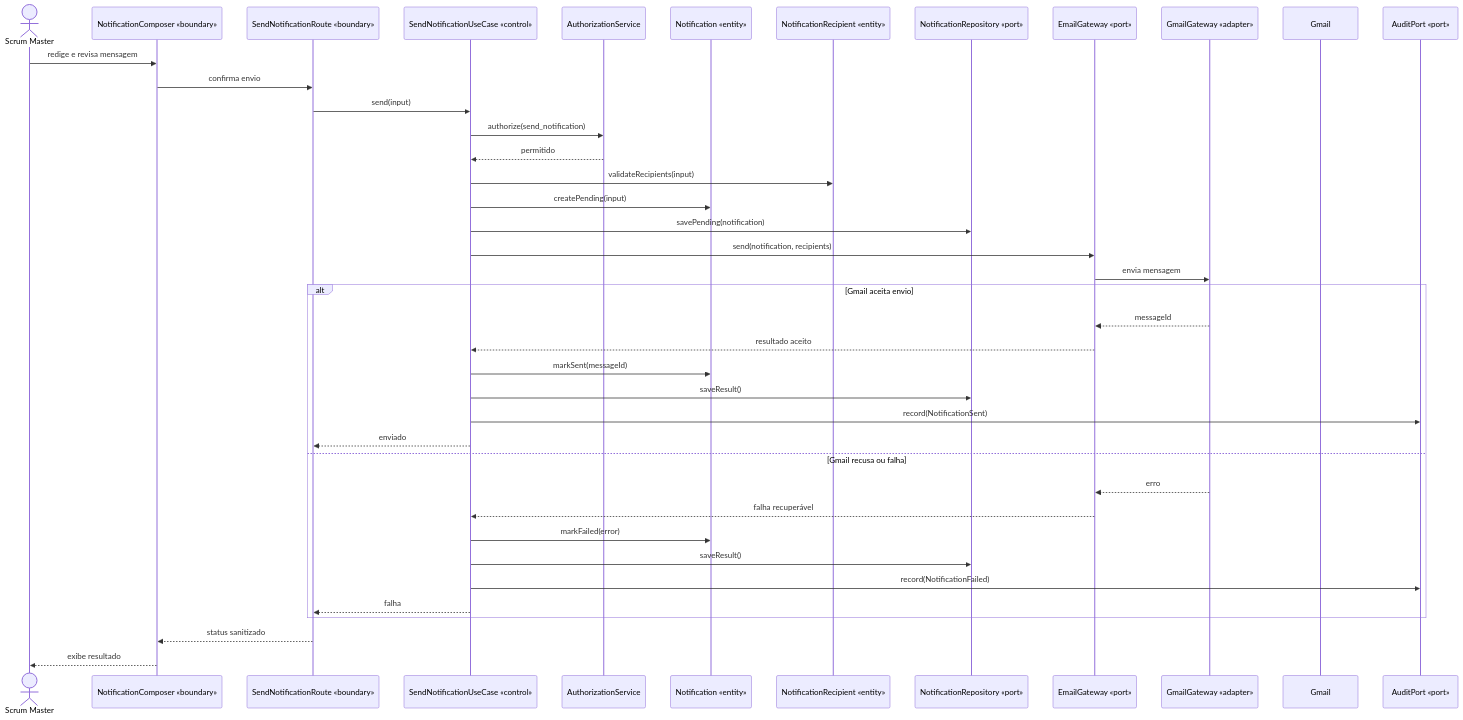
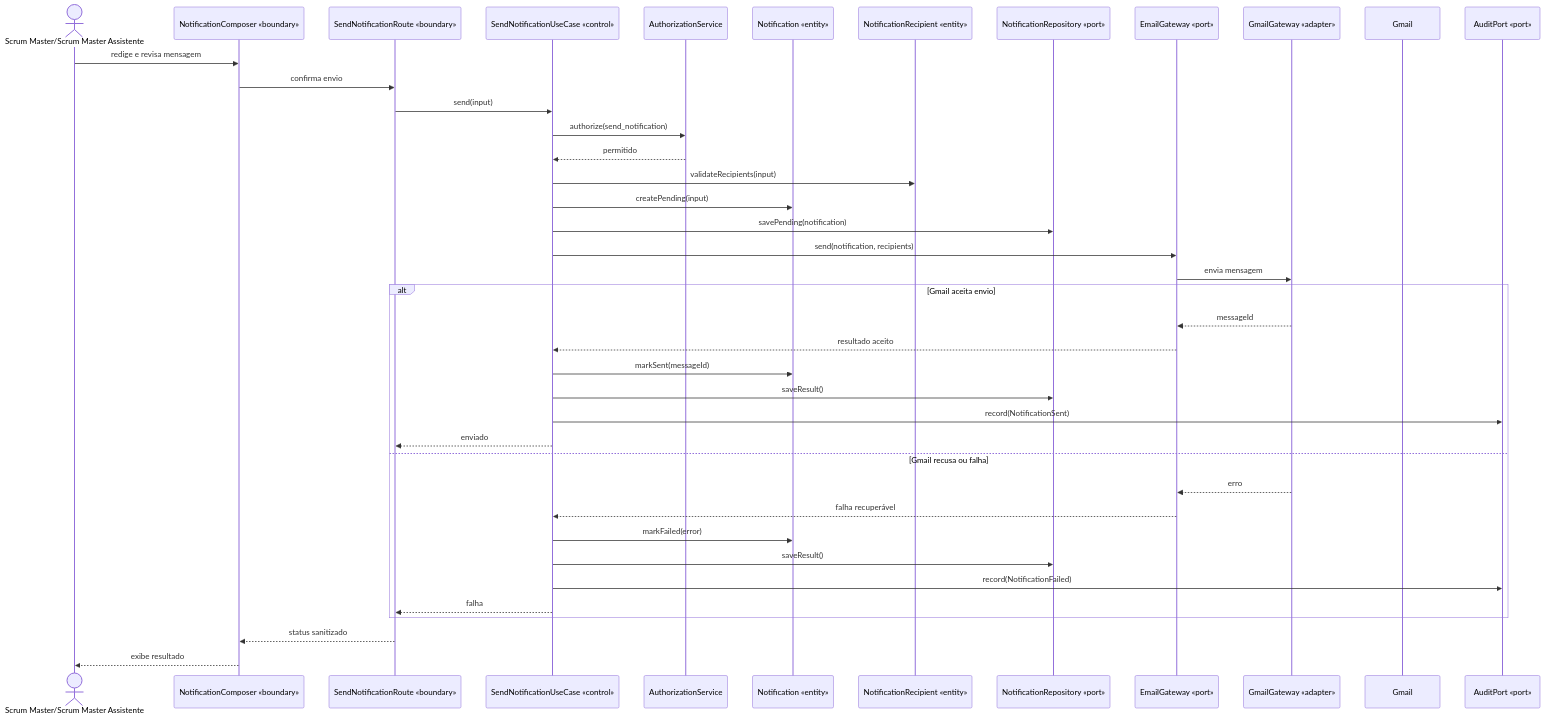
The sixth of 8 diagrams in docs/especificao-de-software/08-diagramas-de-sequencia.md (LuHenRe/PETBSI-SCRUM), drawn with Mermaid before and after one commit. The commit also changed other lines of this file and 18 other files, not shown here.

````diff
--- a/docs/especificao-de-software/08-diagramas-de-sequencia.md
+++ b/docs/especificao-de-software/08-diagramas-de-sequencia.md
@@ -173,43 +173,43 @@
 ```mermaid
 sequenceDiagram
-    actor ScrumMaster as Scrum Master
+    actor ScrumMaster as Scrum Master/Scrum Master Assistente
     participant UI as NotificationComposer «boundary»
     participant API as SendNotificationRoute «boundary»
     participant UC as SendNotificationUseCase «control»
     participant Auth as AuthorizationService
     participant Notification as Notification «entity»
     participant Recipient as NotificationRecipient «entity»
     participant Repo as NotificationRepository «port»
     participant Email as EmailGateway «port»
     participant Gmail as GmailGateway «adapter»
     participant Google as Gmail
     participant Audit as AuditPort «port»
 
     ScrumMaster->>UI: redige e revisa mensagem
     UI->>API: confirma envio
     API->>UC: send(input)
     UC->>Auth: authorize(send_notification)
     Auth-->>UC: permitido
     UC->>Recipient: validateRecipients(input)
     UC->>Notification: createPending(input)
     UC->>Repo: savePending(notification)
     UC->>Email: send(notification, recipients)
     Email->>Gmail: envia mensagem
     alt Gmail aceita envio
         Gmail-->>Email: messageId
         Email-->>UC: resultado aceito
         UC->>Notification: markSent(messageId)
         UC->>Repo: saveResult()
         UC->>Audit: record(NotificationSent)
         UC-->>API: enviado
     else Gmail recusa ou falha
         Gmail-->>Email: erro
         Email-->>UC: falha recuperável
         UC->>Notification: markFailed(error)
         UC->>Repo: saveResult()
         UC->>Audit: record(NotificationFailed)
         UC-->>API: falha
     end
     API-->>UI: status sanitizado
     UI-->>ScrumMaster: exibe resultado
 ```
````
